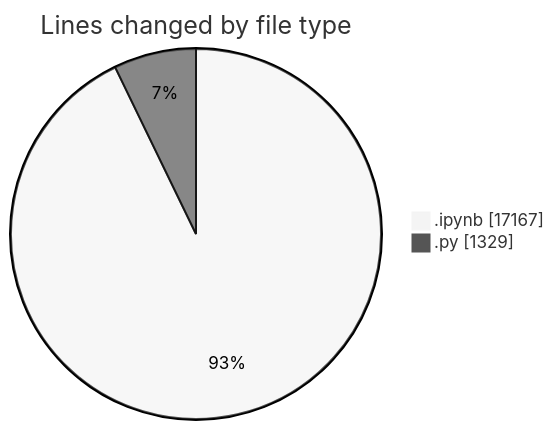
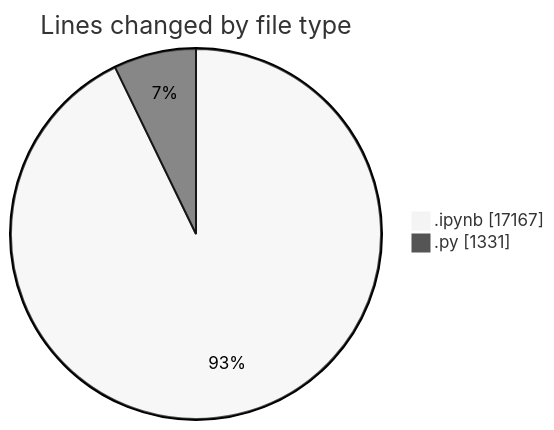
The first of 2 diagrams in 2025-05-07/myws__workspace_/README.md (MatusMokan/code-tracking), drawn with Mermaid (neutral theme) before and after one commit. The commit also changed other lines of this file and 1 other file, not shown here.

````diff
--- a/2025-05-07/myws__workspace_/README.md
+++ b/2025-05-07/myws__workspace_/README.md
@@ -21,6 +21,6 @@
 ```mermaid
 pie showData
 title Lines changed by file type
 ".ipynb" : 17167
-".py" : 1329
+".py" : 1331
 ```
````
